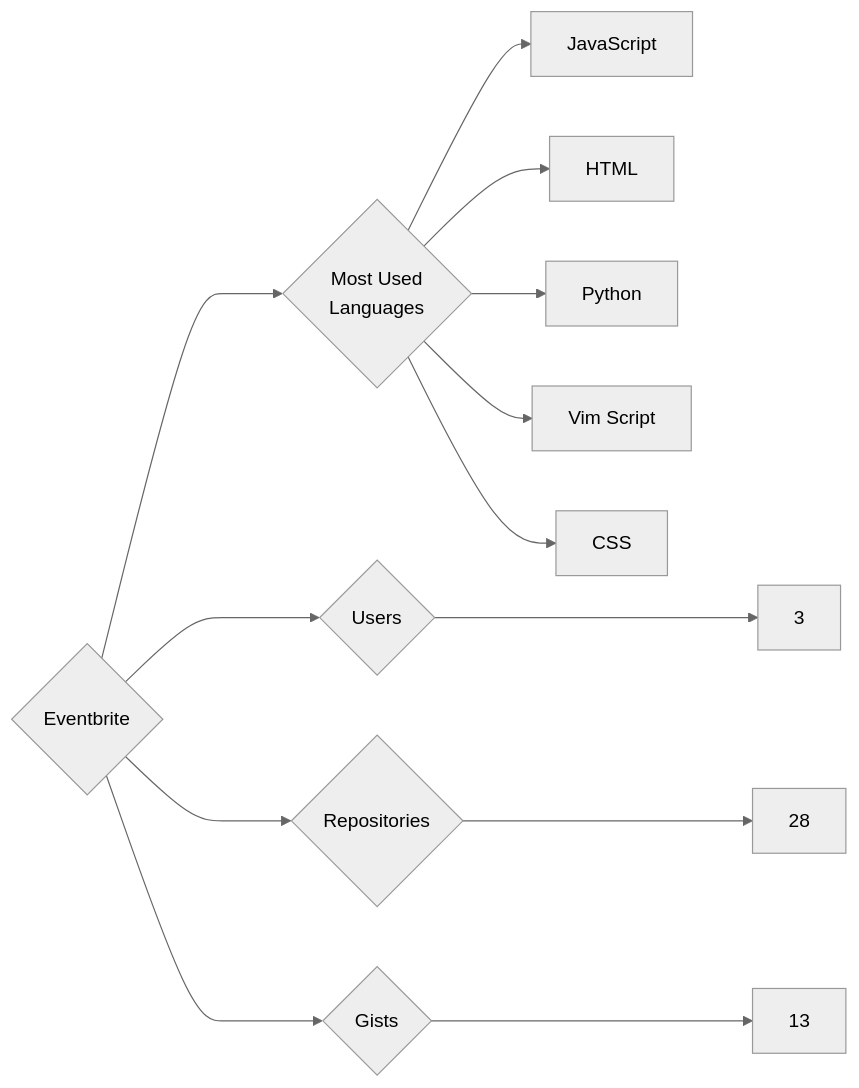
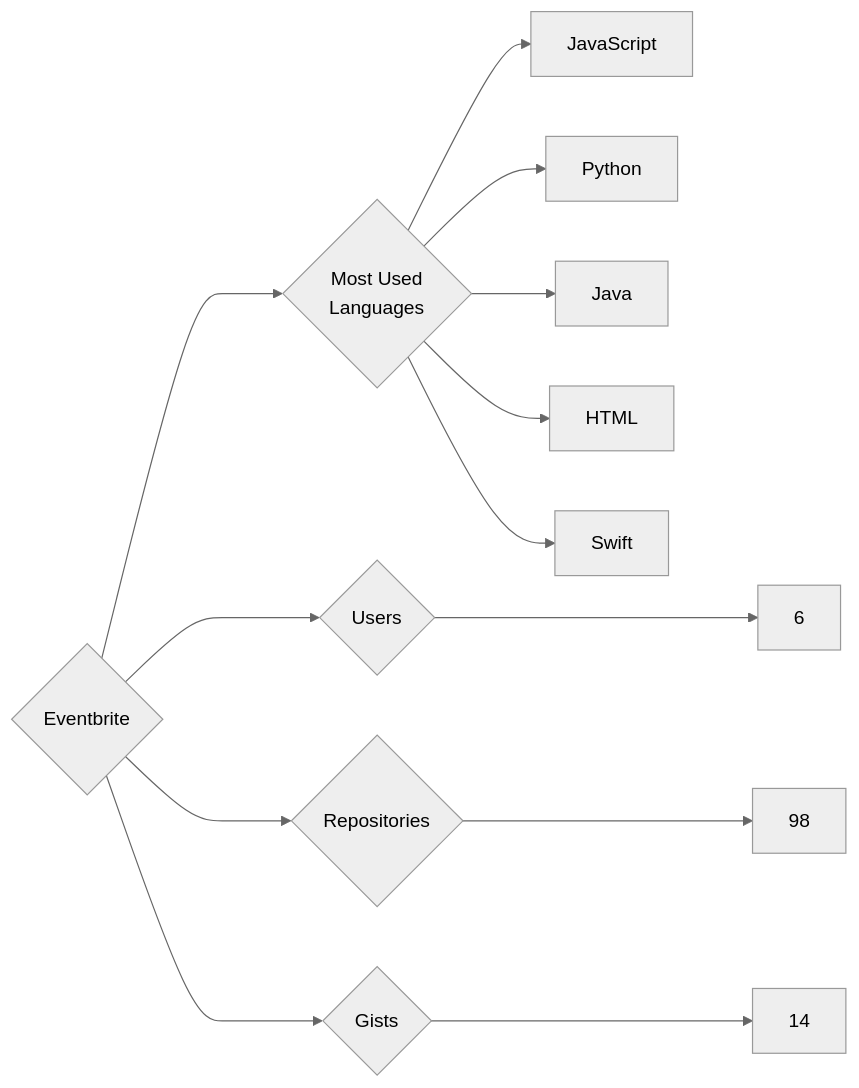
The diagram in targets/Eventbrite/README.md (trickest/insiders), drawn with Mermaid (neutral theme) before and after one commit. The commit also changed 745 other files, not shown here.

````diff
--- a/targets/Eventbrite/README.md
+++ b/targets/Eventbrite/README.md
@@ -3,13 +3,13 @@
 ```mermaid
 graph LR
 COMPANY_NAME{Eventbrite}
-COMPANY_NAME ---> U{Users} ---> UN[3]
-COMPANY_NAME ---> R{Repositories} ---> RN[28]
-COMPANY_NAME ---> G{Gists} ---> GN[13]
+COMPANY_NAME ---> U{Users} ---> UN[6]
+COMPANY_NAME ---> R{Repositories} ---> RN[98]
+COMPANY_NAME ---> G{Gists} ---> GN[14]
 COMPANY_NAME ---> ML{Most Used<br>Languages}
 ML --> JavaScript[JavaScript]
+ML --> Python[Python]
+ML --> Java[Java]
 ML --> HTML[HTML]
-ML --> Python[Python]
-ML --> Vim_Script[Vim Script]
-ML --> CSS[CSS]
+ML --> Swift[Swift]
 ```
````
